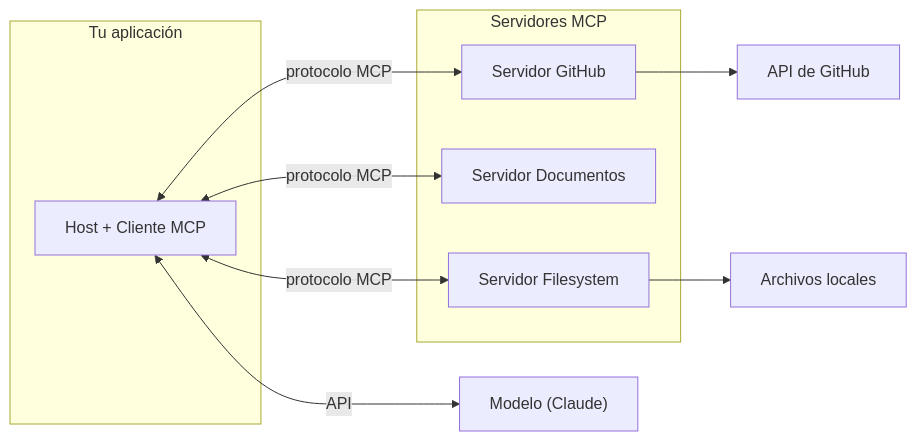
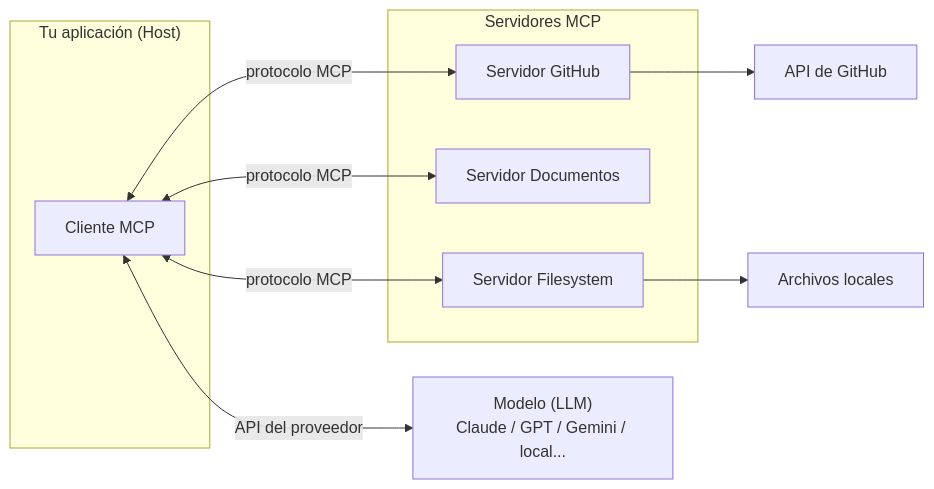
Before and after one commit to alvarezleonardo/MCP: the first of 2 diagrams in README.md, drawn with Mermaid. The commit also changed other lines of this file and 14 other files, not shown here.

First line of the commit message:
docs: hacer la documentación independiente del modelo (model-agnostic)

````diff
--- a/README.md
+++ b/README.md
@@ -18,20 +20,20 @@
 ```mermaid
 flowchart LR
-    subgraph TU_APP["Tu aplicación"]
-        Host["Host + Cliente MCP"]
+    subgraph TU_APP["Tu aplicación (Host)"]
+        Host["Cliente MCP"]
     end
     subgraph SERVERS["Servidores MCP"]
         S1["Servidor GitHub"]
         S2["Servidor Documentos"]
         S3["Servidor Filesystem"]
     end
-    Claude["Modelo (Claude)"]
+    LLM["Modelo (LLM)<br/>Claude / GPT / Gemini / local..."]
 
     Host <-->|protocolo MCP| S1
     Host <-->|protocolo MCP| S2
     Host <-->|protocolo MCP| S3
-    Host <-->|API| Claude
+    Host <-->|API del proveedor| LLM
 
     S1 --> GH["API de GitHub"]
     S3 --> FS["Archivos locales"]
 ```
````
